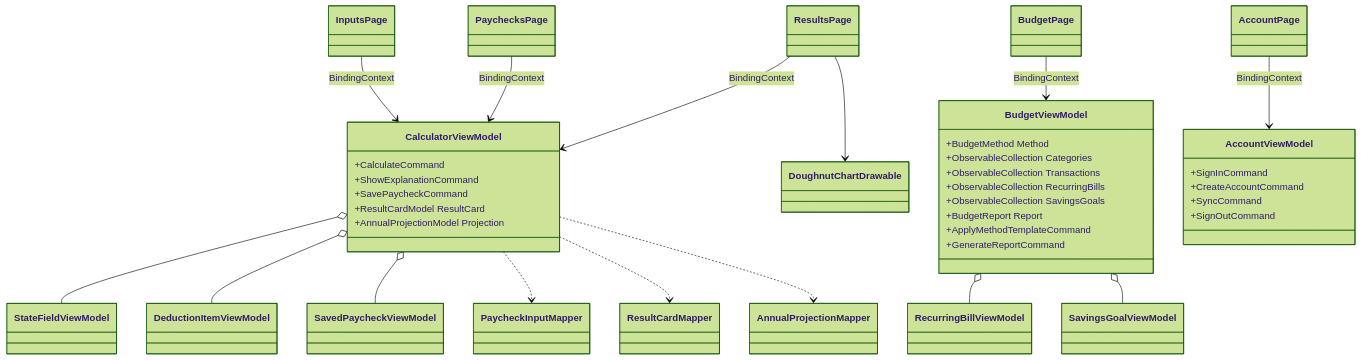
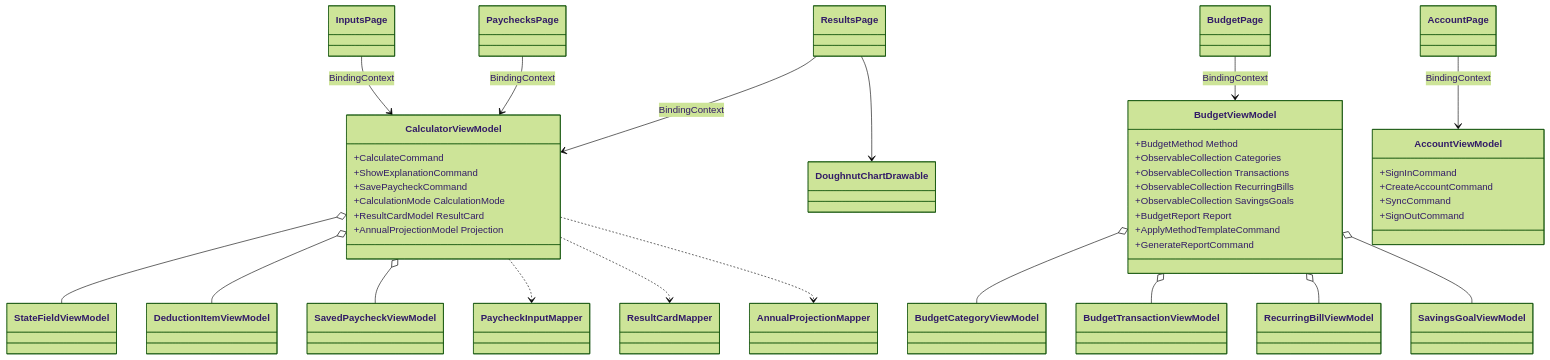
Before and after one commit to Fibonacci-0112/PaycheckCalculator: the sixth of 9 diagrams in docs/class-diagram.md, drawn with Mermaid (forest theme). The commit also changed other lines of this file and 6 other files, not shown here.

Commit message:
Update README, wiki, and class diagrams to reflect current codebase

````diff
--- a/docs/class-diagram.md
+++ b/docs/class-diagram.md
@@ -352,58 +407,63 @@
 ```mermaid
 classDiagram
     direction TB
 
     class InputsPage
     class ResultsPage
     class PaychecksPage
     class BudgetPage
     class AccountPage
 
     class CalculatorViewModel {
         +CalculateCommand
         +ShowExplanationCommand
         +SavePaycheckCommand
+        +CalculationMode CalculationMode
         +ResultCardModel ResultCard
         +AnnualProjectionModel Projection
     }
     class BudgetViewModel {
         +BudgetMethod Method
         +ObservableCollection Categories
         +ObservableCollection Transactions
         +ObservableCollection RecurringBills
         +ObservableCollection SavingsGoals
         +BudgetReport Report
         +ApplyMethodTemplateCommand
         +GenerateReportCommand
     }
     class AccountViewModel {
         +SignInCommand
         +CreateAccountCommand
         +SyncCommand
         +SignOutCommand
     }
     class StateFieldViewModel
     class DeductionItemViewModel
     class SavedPaycheckViewModel
+    class BudgetCategoryViewModel
+    class BudgetTransactionViewModel
     class RecurringBillViewModel
     class SavingsGoalViewModel
     class PaycheckInputMapper
     class ResultCardMapper
     class AnnualProjectionMapper
     class DoughnutChartDrawable
 
     InputsPage --> CalculatorViewModel : BindingContext
     ResultsPage --> CalculatorViewModel : BindingContext
     PaychecksPage --> CalculatorViewModel : BindingContext
     BudgetPage --> BudgetViewModel : BindingContext
     AccountPage --> AccountViewModel : BindingContext
     CalculatorViewModel o-- StateFieldViewModel
     CalculatorViewModel o-- DeductionItemViewModel
     CalculatorViewModel o-- SavedPaycheckViewModel
+    BudgetViewModel o-- BudgetCategoryViewModel
+    BudgetViewModel o-- BudgetTransactionViewModel
     BudgetViewModel o-- RecurringBillViewModel
     BudgetViewModel o-- SavingsGoalViewModel
     CalculatorViewModel ..> PaycheckInputMapper
     CalculatorViewModel ..> ResultCardMapper
     CalculatorViewModel ..> AnnualProjectionMapper
     ResultsPage --> DoughnutChartDrawable
 ```
````
